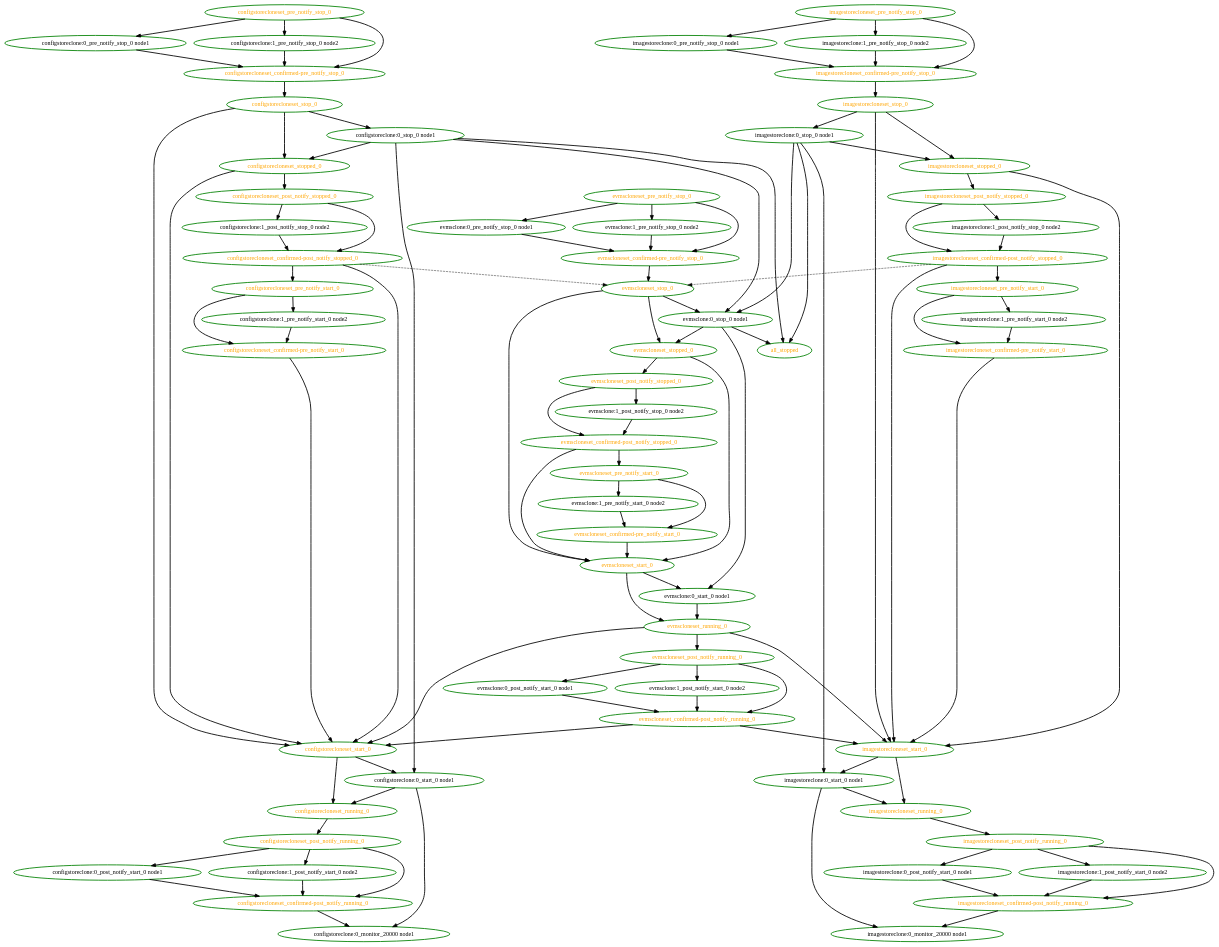
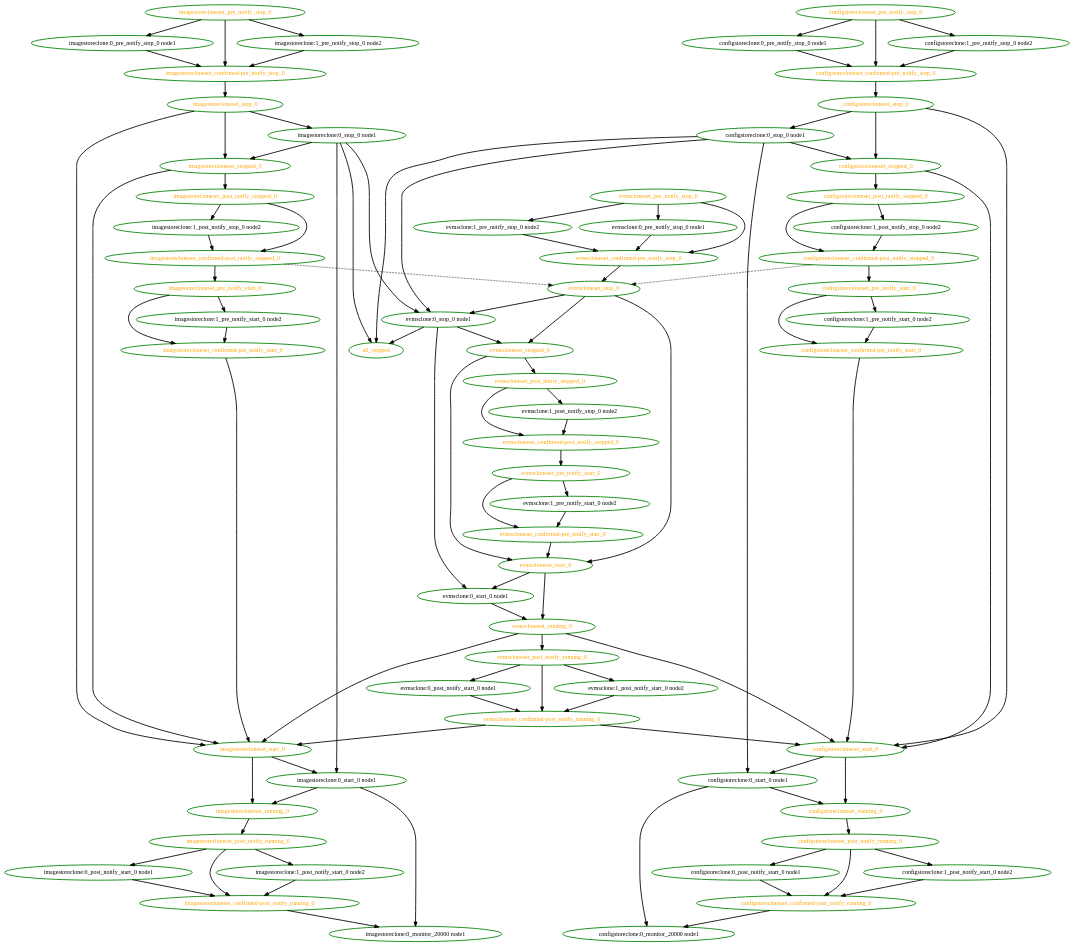
One commit to linux-ha-japan/pm_diskd changed the diagram in pengine/test10/interleave-restart.dot. Above: the diagram before and after it, drawn with Graphviz. The commit also changed 18 other files, not shown here.

```diff
--- a/pengine/test10/interleave-restart.dot
+++ b/pengine/test10/interleave-restart.dot
@@ -24,7 +24,6 @@
 "configstorecloneset_confirmed-post_notify_running_0" -> "configstoreclone:0_monitor_20000 node1" [ style = bold]
 "configstorecloneset_confirmed-post_notify_running_0" [ style=bold color="green" fontcolor="orange"  ]
 "configstorecloneset_confirmed-post_notify_stopped_0" -> "configstorecloneset_pre_notify_start_0" [ style = bold]
-"configstorecloneset_confirmed-post_notify_stopped_0" -> "configstorecloneset_start_0" [ style = bold]
 "configstorecloneset_confirmed-post_notify_stopped_0" -> "evmscloneset_stop_0" [ style = dashed]
 "configstorecloneset_confirmed-post_notify_stopped_0" [ style=bold color="green" fontcolor="orange"  ]
 "configstorecloneset_confirmed-pre_notify_start_0" -> "configstorecloneset_start_0" [ style = bold]
@@ -79,7 +78,6 @@
 "evmscloneset_confirmed-post_notify_running_0" -> "imagestorecloneset_start_0" [ style = bold]
 "evmscloneset_confirmed-post_notify_running_0" [ style=bold color="green" fontcolor="orange"  ]
 "evmscloneset_confirmed-post_notify_stopped_0" -> "evmscloneset_pre_notify_start_0" [ style = bold]
-"evmscloneset_confirmed-post_notify_stopped_0" -> "evmscloneset_start_0" [ style = bold]
 "evmscloneset_confirmed-post_notify_stopped_0" [ style=bold color="green" fontcolor="orange"  ]
 "evmscloneset_confirmed-pre_notify_start_0" -> "evmscloneset_start_0" [ style = bold]
 "evmscloneset_confirmed-pre_notify_start_0" [ style=bold color="green" fontcolor="orange"  ]
@@ -138,7 +136,6 @@
 "imagestorecloneset_confirmed-post_notify_running_0" [ style=bold color="green" fontcolor="orange"  ]
 "imagestorecloneset_confirmed-post_notify_stopped_0" -> "evmscloneset_stop_0" [ style = dashed]
 "imagestorecloneset_confirmed-post_notify_stopped_0" -> "imagestorecloneset_pre_notify_start_0" [ style = bold]
-"imagestorecloneset_confirmed-post_notify_stopped_0" -> "imagestorecloneset_start_0" [ style = bold]
 "imagestorecloneset_confirmed-post_notify_stopped_0" [ style=bold color="green" fontcolor="orange"  ]
 "imagestorecloneset_confirmed-pre_notify_start_0" -> "imagestorecloneset_start_0" [ style = bold]
 "imagestorecloneset_confirmed-pre_notify_start_0" [ style=bold color="green" fontcolor="orange"  ]
```
